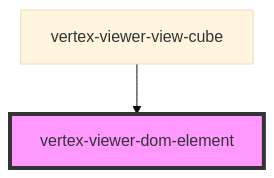
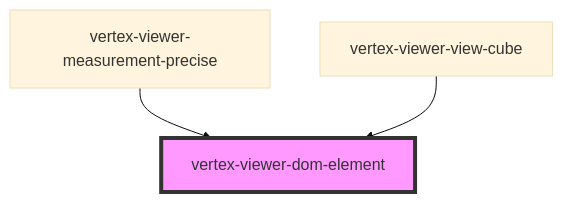
The diagram in packages/viewer/src/components/viewer-dom-element/readme.md (Vertexvis/vertex-web-sdk), drawn with Mermaid (base theme) before and after one commit. The commit also changed other lines of this file and 2 other files, not shown here.

Commit message:
Update READMEs

````diff
--- a/packages/viewer/src/components/viewer-dom-element/readme.md
+++ b/packages/viewer/src/components/viewer-dom-element/readme.md
@@ -43,5 +44,6 @@
 ```mermaid
 graph TD;
+  vertex-viewer-measurement-precise --> vertex-viewer-dom-element
   vertex-viewer-view-cube --> vertex-viewer-dom-element
   style vertex-viewer-dom-element fill:#f9f,stroke:#333,stroke-width:4px
 ```
````
